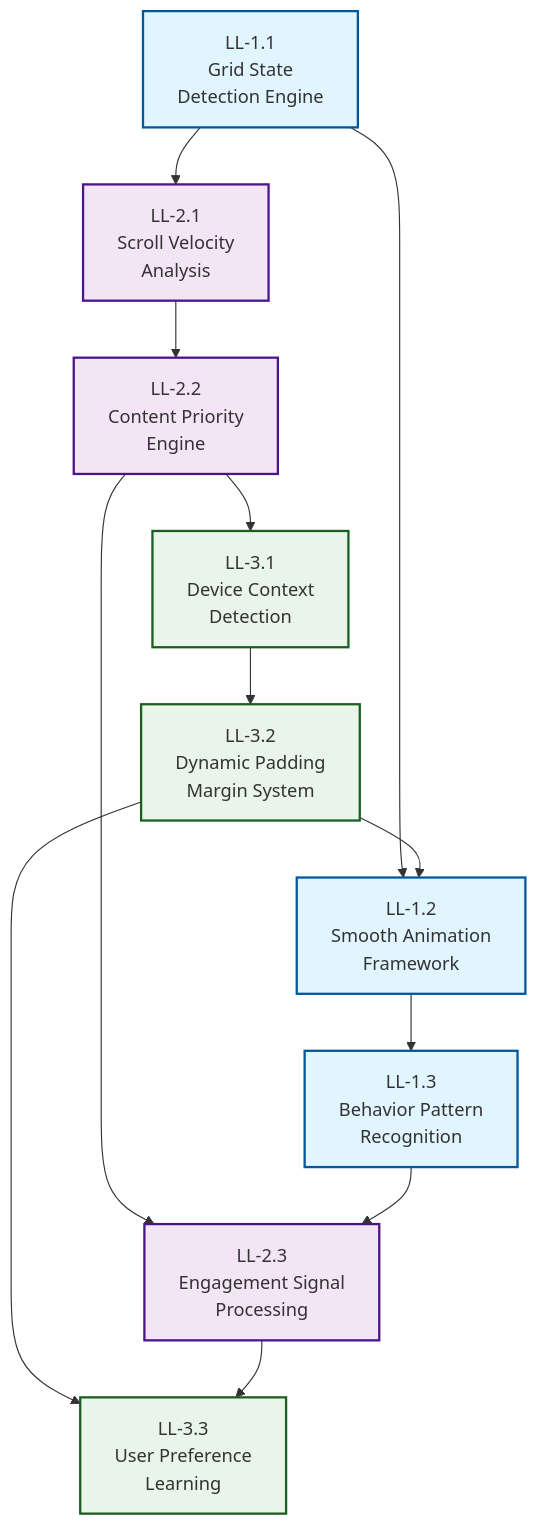
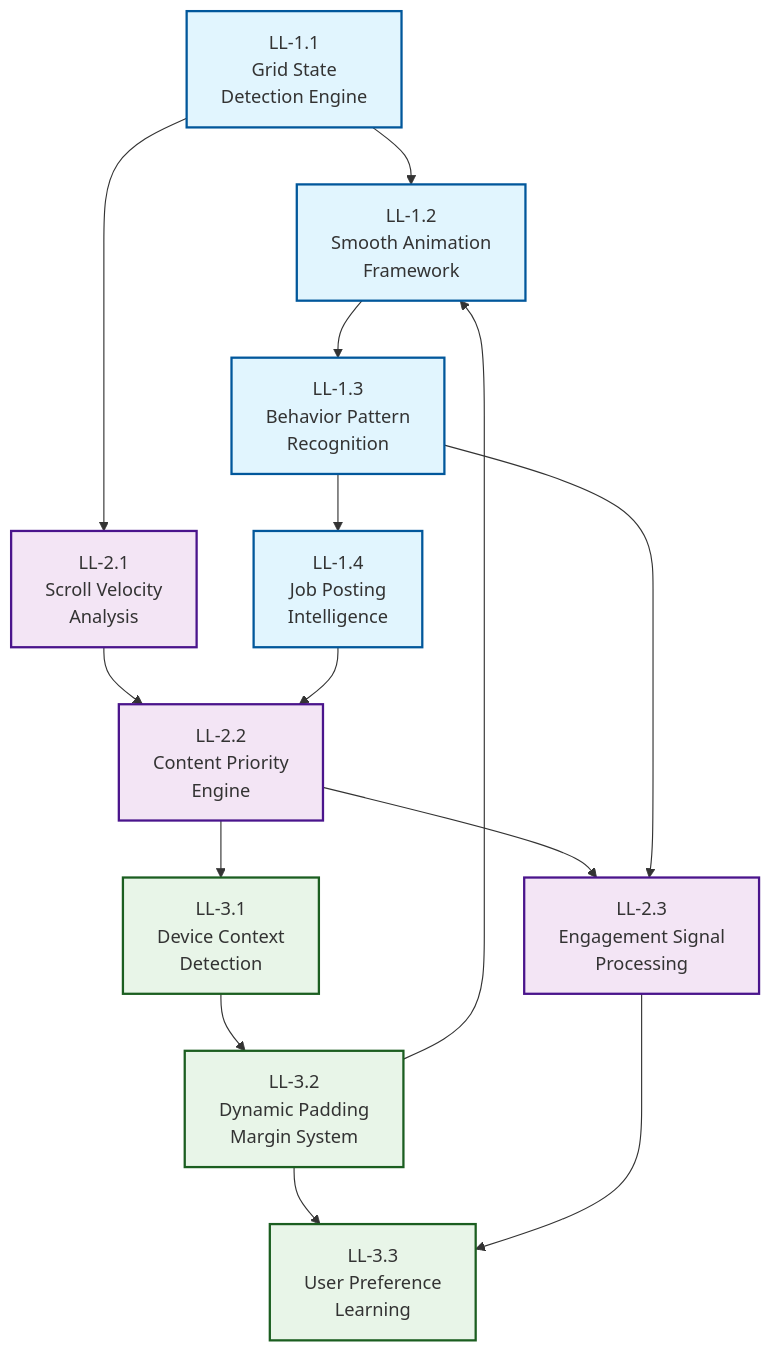
The diagram in docs/aui/LIVING_LAYOUTS_DAG.md (hretheum/hretheum.com), drawn with Mermaid before and after one commit. The commit also changed other lines of this file, not shown here.

Commit message:
Update DAG to include LL-1.4 Job Posting Intelligence Integration

````diff
--- a/docs/aui/LIVING_LAYOUTS_DAG.md
+++ b/docs/aui/LIVING_LAYOUTS_DAG.md
@@ -5,43 +5,46 @@
 ```mermaid
 graph TD
     %% Phase 1: Foundation Layer
     LL-1-1[LL-1.1<br/>Grid State<br/>Detection Engine]
     LL-1-2[LL-1.2<br/>Smooth Animation<br/>Framework]
     LL-1-3[LL-1.3<br/>Behavior Pattern<br/>Recognition]
+    LL-1-4[LL-1.4<br/>Job Posting<br/>Intelligence]
 
     %% Phase 2: Content Layer
     LL-2-1[LL-2.1<br/>Scroll Velocity<br/>Analysis]
     LL-2-2[LL-2.2<br/>Content Priority<br/>Engine]
     LL-2-3[LL-2.3<br/>Engagement Signal<br/>Processing]
 
     %% Phase 3: Context Layer
     LL-3-1[LL-3.1<br/>Device Context<br/>Detection]
     LL-3-2[LL-3.2<br/>Dynamic Padding<br/>Margin System]
     LL-3-3[LL-3.3<br/>User Preference<br/>Learning]
 
     %% Dependencies within workstreams
     LL-1-1 --> LL-1-2
     LL-1-2 --> LL-1-3
+    LL-1-3 --> LL-1-4
 
     LL-2-1 --> LL-2-2
     LL-2-2 --> LL-2-3
 
     LL-3-1 --> LL-3-2
     LL-3-2 --> LL-3-3
 
     %% Cross-workstream dependencies
     LL-1-1 --> LL-2-1
     LL-1-3 --> LL-2-3
+    LL-1-4 --> LL-2-2
     LL-2-2 --> LL-3-1
     LL-3-2 --> LL-1-2
     LL-2-3 --> LL-3-3
 
     %% Styling
     classDef phase1 fill:#e1f5fe,stroke:#01579b,stroke-width:2px
     classDef phase2 fill:#f3e5f5,stroke:#4a148c,stroke-width:2px
     classDef phase3 fill:#e8f5e8,stroke:#1b5e20,stroke-width:2px
 
-    class LL-1-1,LL-1-2,LL-1-3 phase1
+    class LL-1-1,LL-1-2,LL-1-3,LL-1-4 phase1
     class LL-2-1,LL-2-2,LL-2-3 phase2
     class LL-3-1,LL-3-2,LL-3-3 phase3
 ```
````
